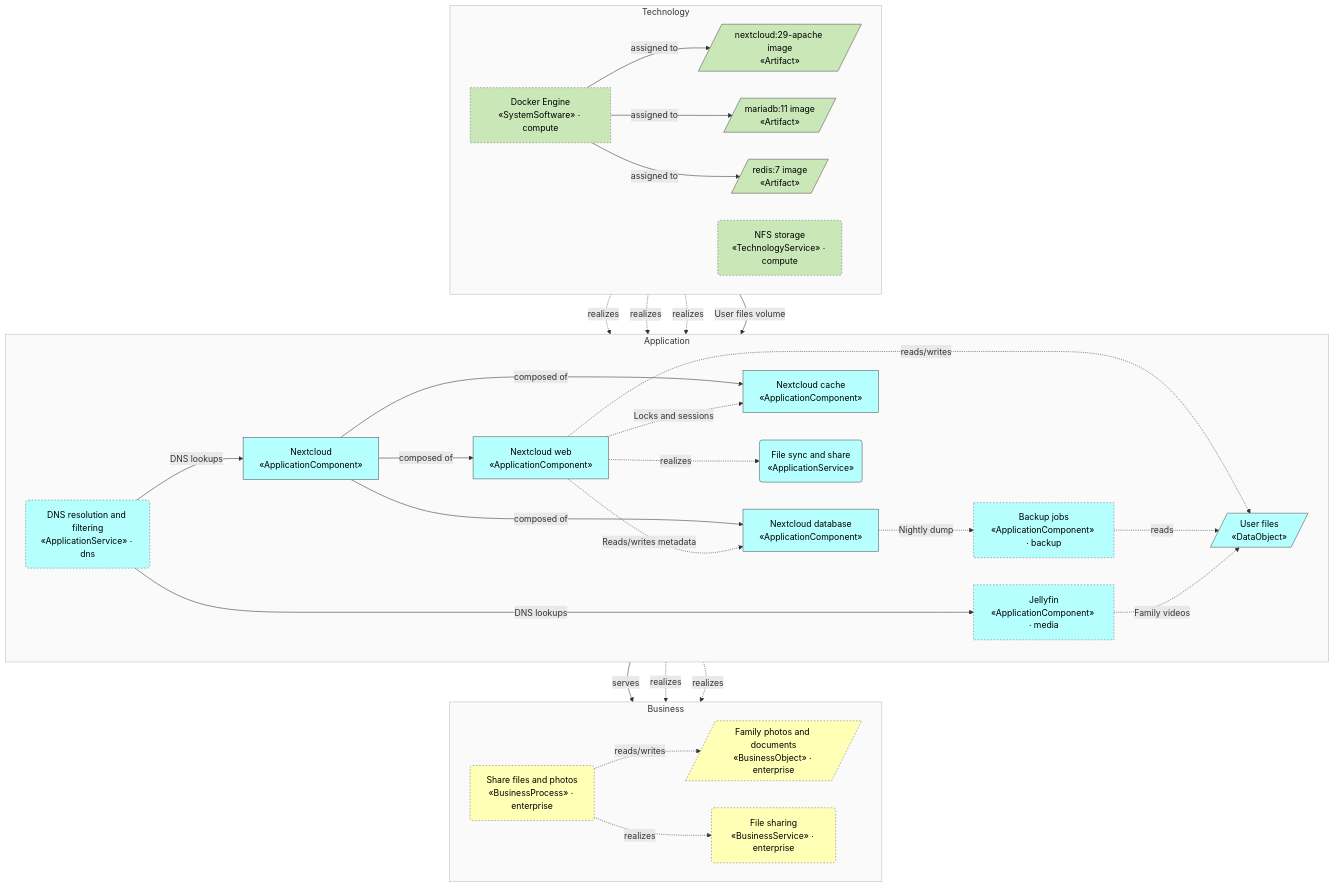
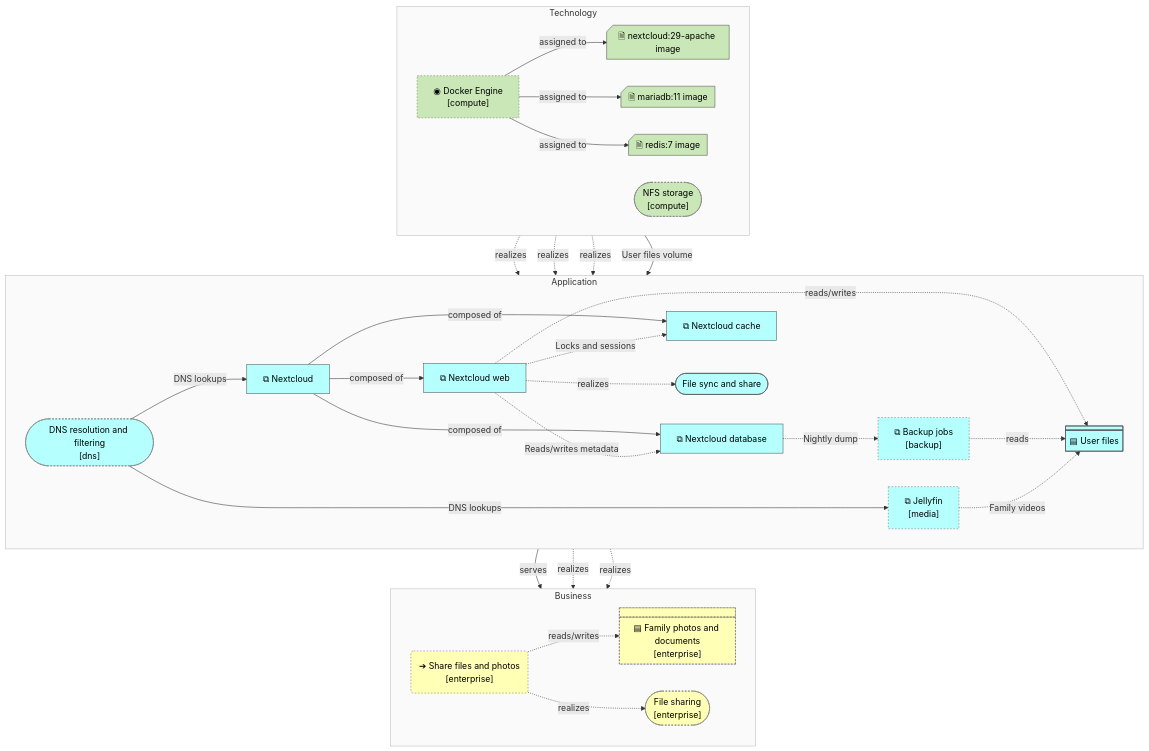
Before and after one commit to b-zig/a4m: the third of 3 diagrams in docs/nextcloud/view-layered.md, drawn with Mermaid. The commit also changed other lines of this file and 15 other files, not shown here.

First line of the commit message:
Approximate ArchiMate notation in Mermaid flowcharts

````diff
--- a/docs/nextcloud/view-layered.md
+++ b/docs/nextcloud/view-layered.md
@@ -147,64 +149,64 @@
 ```mermaid
 flowchart TB
   subgraph layer_business["Business"]
     direction LR
-    enterprise__bus_obj_photos[/"Family photos and documents<br/>«BusinessObject» · enterprise"/]
-    enterprise__bus_proc_share("Share files and photos<br/>«BusinessProcess» · enterprise")
-    enterprise__bus_svc_file_sharing("File sharing<br/>«BusinessService» · enterprise")
+    enterprise__bus_obj_photos@{ shape: div-rect, label: "▤ Family photos and documents<br/>[enterprise]" }
+    enterprise__bus_proc_share@{ shape: rounded, label: "➔ Share files and photos<br/>[enterprise]" }
+    enterprise__bus_svc_file_sharing@{ shape: stadium, label: "File sharing<br/>[enterprise]" }
   end
   subgraph layer_application["Application"]
     direction LR
-    app_nextcloud["Nextcloud<br/>«ApplicationComponent»"]
-    app_nextcloud_web["Nextcloud web<br/>«ApplicationComponent»"]
-    app_nextcloud_db["Nextcloud database<br/>«ApplicationComponent»"]
-    app_nextcloud_cache["Nextcloud cache<br/>«ApplicationComponent»"]
-    app_svc_file_sync("File sync and share<br/>«ApplicationService»")
-    app_data_files[/"User files<br/>«DataObject»"/]
-    backup__app_backup["Backup jobs<br/>«ApplicationComponent» · backup"]
-    dns__app_svc_dns("DNS resolution and filtering<br/>«ApplicationService» · dns")
-    media__app_jellyfin["Jellyfin<br/>«ApplicationComponent» · media"]
+    app_nextcloud@{ shape: rect, label: "⧉ Nextcloud" }
+    app_nextcloud_web@{ shape: rect, label: "⧉ Nextcloud web" }
+    app_nextcloud_db@{ shape: rect, label: "⧉ Nextcloud database" }
+    app_nextcloud_cache@{ shape: rect, label: "⧉ Nextcloud cache" }
+    app_svc_file_sync@{ shape: stadium, label: "File sync and share" }
+    app_data_files@{ shape: div-rect, label: "▤ User files" }
+    backup__app_backup@{ shape: rect, label: "⧉ Backup jobs<br/>[backup]" }
+    dns__app_svc_dns@{ shape: stadium, label: "DNS resolution and filtering<br/>[dns]" }
+    media__app_jellyfin@{ shape: rect, label: "⧉ Jellyfin<br/>[media]" }
   end
   subgraph layer_technology["Technology"]
     direction LR
-    tech_art_nextcloud[/"nextcloud:29-apache image<br/>«Artifact»"/]
-    tech_art_mariadb[/"mariadb:11 image<br/>«Artifact»"/]
-    tech_art_redis[/"redis:7 image<br/>«Artifact»"/]
-    compute__tech_docker["Docker Engine<br/>«SystemSoftware» · compute"]
-    compute__tech_svc_nfs("NFS storage<br/>«TechnologyService» · compute")
+    tech_art_nextcloud@{ shape: notch-rect, label: "🗎 nextcloud:29-apache image" }
+    tech_art_mariadb@{ shape: notch-rect, label: "🗎 mariadb:11 image" }
+    tech_art_redis@{ shape: notch-rect, label: "🗎 redis:7 image" }
+    compute__tech_docker@{ shape: rect, label: "◉ Docker Engine<br/>[compute]" }
+    compute__tech_svc_nfs@{ shape: stadium, label: "NFS storage<br/>[compute]" }
   end
   app_nextcloud -->|"composed of"| app_nextcloud_web
   app_nextcloud -->|"composed of"| app_nextcloud_db
   app_nextcloud -->|"composed of"| app_nextcloud_cache
   app_nextcloud_web -.->|"realizes"| app_svc_file_sync
   app_nextcloud_web -.->|"Reads/writes metadata"| app_nextcloud_db
   app_nextcloud_web -.->|"Locks and sessions"| app_nextcloud_cache
   app_nextcloud_web -.->|"reads/writes"| app_data_files
   app_svc_file_sync -->|"serves"| enterprise__bus_proc_share
   app_svc_file_sync -.->|"realizes"| enterprise__bus_svc_file_sharing
   app_data_files -.->|"realizes"| enterprise__bus_obj_photos
   dns__app_svc_dns -->|"DNS lookups"| app_nextcloud
   compute__tech_docker -->|"assigned to"| tech_art_nextcloud
   compute__tech_docker -->|"assigned to"| tech_art_mariadb
   compute__tech_docker -->|"assigned to"| tech_art_redis
   tech_art_nextcloud -.->|"realizes"| app_nextcloud_web
   tech_art_mariadb -.->|"realizes"| app_nextcloud_db
   tech_art_redis -.->|"realizes"| app_nextcloud_cache
   compute__tech_svc_nfs -->|"User files volume"| app_nextcloud_web
   backup__app_backup -.->|"reads"| app_data_files
   app_nextcloud_db -.->|"Nightly dump"| backup__app_backup
   enterprise__bus_proc_share -.->|"realizes"| enterprise__bus_svc_file_sharing
   enterprise__bus_proc_share -.->|"reads/writes"| enterprise__bus_obj_photos
   media__app_jellyfin -.->|"Family videos"| app_data_files
   dns__app_svc_dns -->|"DNS lookups"| media__app_jellyfin
   classDef business fill:#FFFFB5,stroke:#555,color:#000
   class enterprise__bus_obj_photos,enterprise__bus_proc_share,enterprise__bus_svc_file_sharing business
   style layer_business fill:#fafafa,stroke:#bbb
   classDef application fill:#B5FFFF,stroke:#555,color:#000
   class app_nextcloud,app_nextcloud_web,app_nextcloud_db,app_nextcloud_cache,app_svc_file_sync,app_data_files,backup__app_backup,dns__app_svc_dns,media__app_jellyfin application
   style layer_application fill:#fafafa,stroke:#bbb
   classDef technology fill:#C9E7B7,stroke:#555,color:#000
   class tech_art_nextcloud,tech_art_mariadb,tech_art_redis,compute__tech_docker,compute__tech_svc_nfs technology
   style layer_technology fill:#fafafa,stroke:#bbb
   classDef foreign stroke:#777,stroke-dasharray:3 3
   class backup__app_backup,compute__tech_docker,compute__tech_svc_nfs,dns__app_svc_dns,enterprise__bus_obj_photos,enterprise__bus_proc_share,enterprise__bus_svc_file_sharing,media__app_jellyfin foreign
 ```
````
